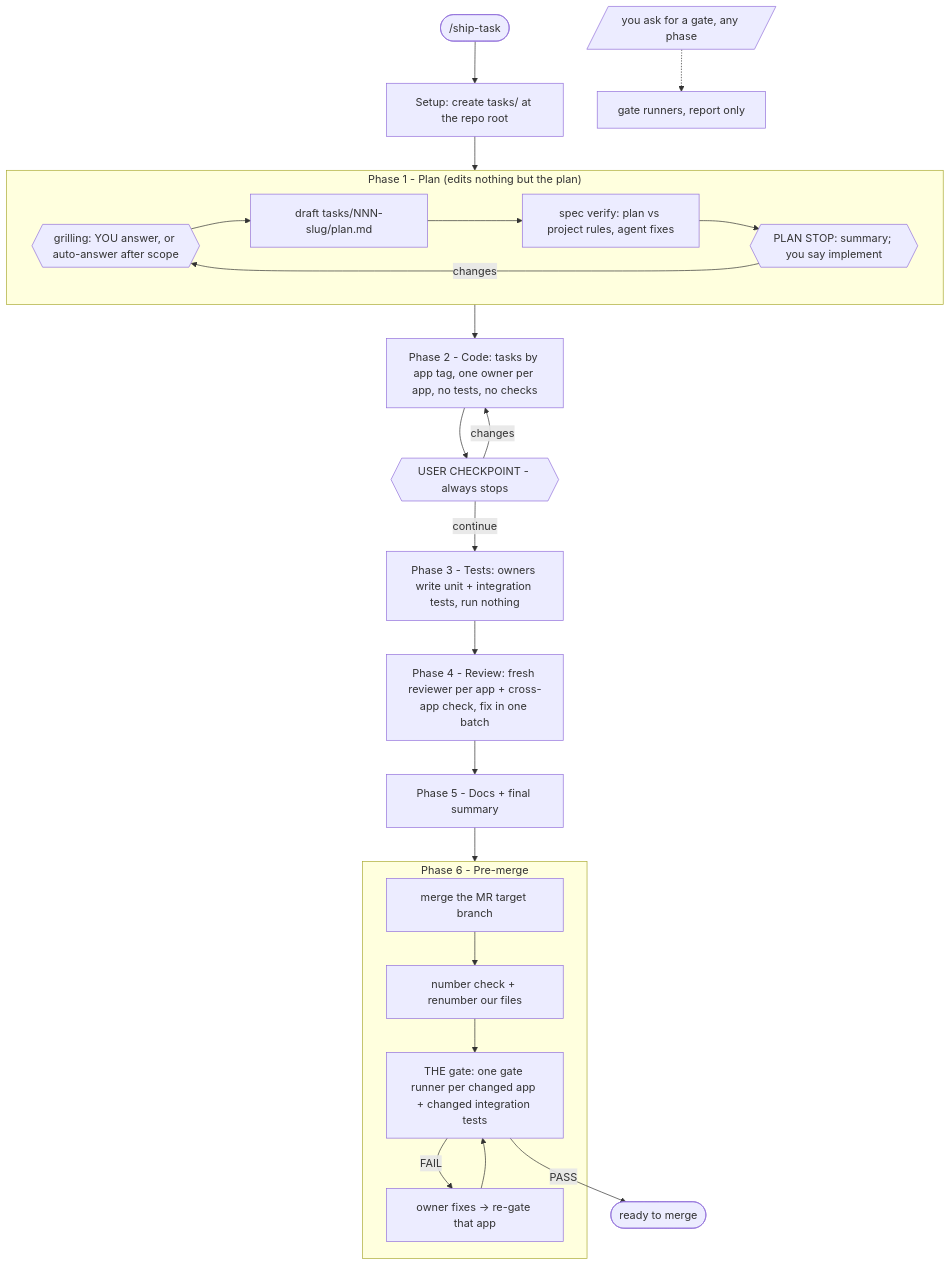
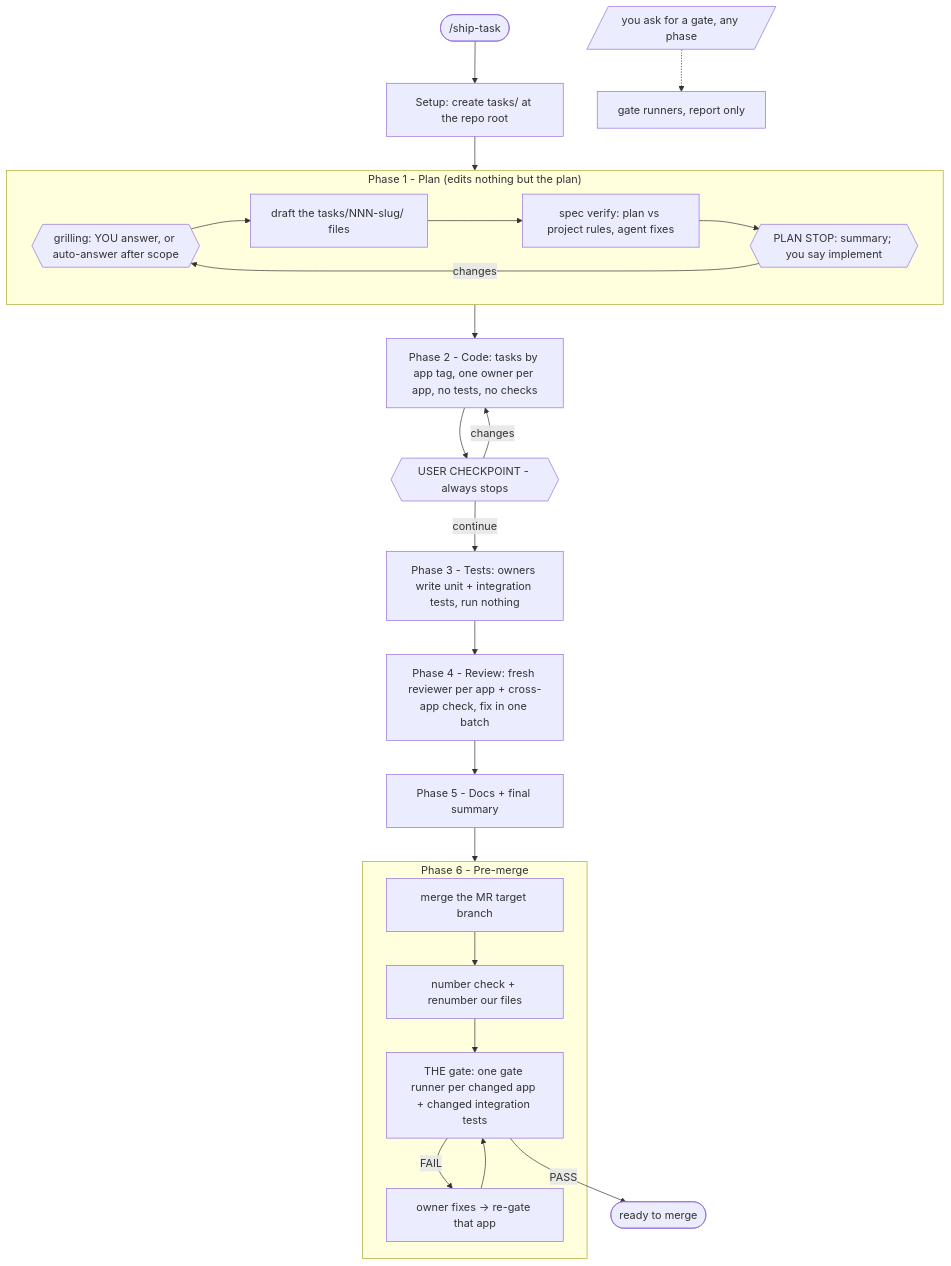
The diagram in plugins/naphatwx-tools/skills/ship-task/README.md (naphatwx/naphatwx-tools), drawn with Mermaid before and after one commit. The commit also changed other lines of this file and 14 other files, not shown here.

````diff
--- a/plugins/naphatwx-tools/skills/ship-task/README.md
+++ b/plugins/naphatwx-tools/skills/ship-task/README.md
@@ -22,29 +22,29 @@
 ```mermaid
 flowchart TD
     START([/ship-task]) --> SU[Setup: create tasks/ at the repo root]
     SU --> P0
     subgraph P0["Phase 1 - Plan (edits nothing but the plan)"]
-        GR{{grilling: YOU answer, or auto-answer after scope}} --> DR[draft tasks/NNN-slug/plan.md]
+        GR{{grilling: YOU answer, or auto-answer after scope}} --> DR[draft the tasks/NNN-slug/ files]
         DR --> VER[spec verify: plan vs project rules, agent fixes]
         VER --> PS{{PLAN STOP: summary; you say implement}}
         PS -->|changes| GR
     end
 
     P0 --> P2[Phase 2 - Code: tasks by app tag, one owner per app, no tests, no checks]
     P2 --> CP{{USER CHECKPOINT - always stops}}
     CP -->|changes| P2
     CP -->|continue| P3[Phase 3 - Tests: owners write unit + integration tests, run nothing]
     P3 --> P4[Phase 4 - Review: fresh reviewer per app + cross-app check, fix in one batch]
     P4 --> P5[Phase 5 - Docs + final summary]
     P5 --> P6
 
     subgraph P6["Phase 6 - Pre-merge"]
         M[merge the MR target branch] --> N[number check + renumber our files]
         N --> G[THE gate: one gate runner per changed app + changed integration tests]
         G -->|FAIL| F[owner fixes → re-gate that app]
         F --> G
     end
 
     G -->|PASS| DONE([ready to merge])
     ASK[/you ask for a gate, any phase/] -.-> ON[gate runners, report only]
 ```
````
